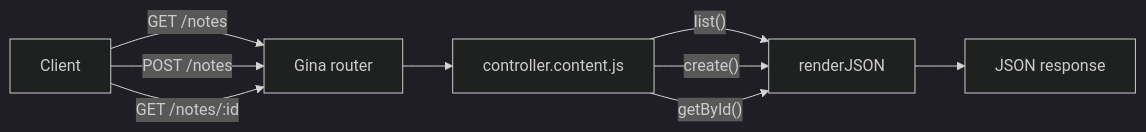
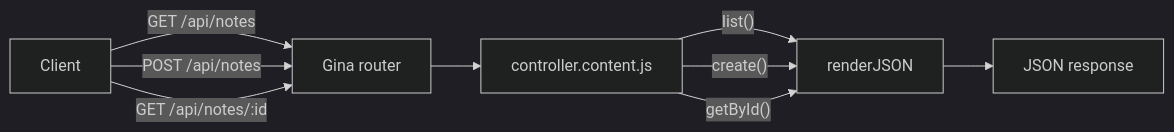
One commit to gina-io/docs changed the diagram in docs/tutorials/notes-api.md. Above: the diagram before and after it, drawn with Mermaid (dark theme). The commit also changed other lines of this file and 1 other file, not shown here.

First line of the commit message:
Update Notes API tutorial and routing guide for routing fixes

````diff
--- a/docs/tutorials/notes-api.md
+++ b/docs/tutorials/notes-api.md
@@ -46,11 +46,11 @@
 ```mermaid
 flowchart LR
-    Client -->|"GET /notes"| R
-    Client -->|"POST /notes"| R
-    Client -->|"GET /notes/:id"| R
+    Client -->|"GET /api/notes"| R
+    Client -->|"POST /api/notes"| R
+    Client -->|"GET /api/notes/:id"| R
     R["Gina router"] --> C["controller.content.js"]
     C -->|"list()"| J["renderJSON"]
     C -->|"create()"| J
     C -->|"getById()"| J
     J --> Response["JSON response"]
 ```
````
